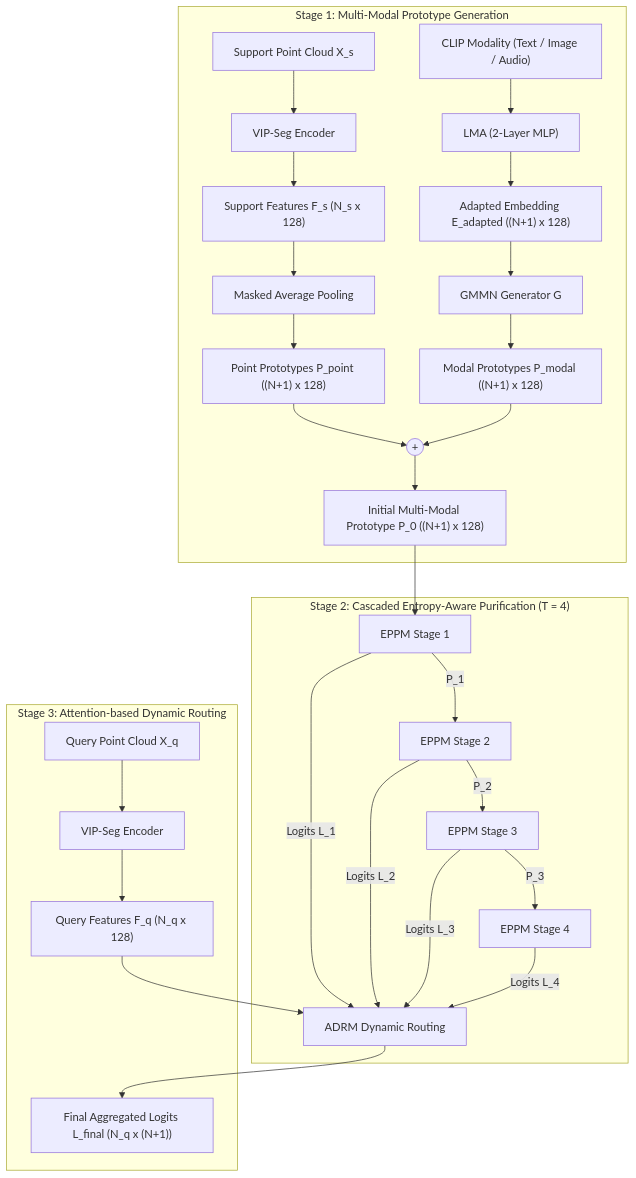
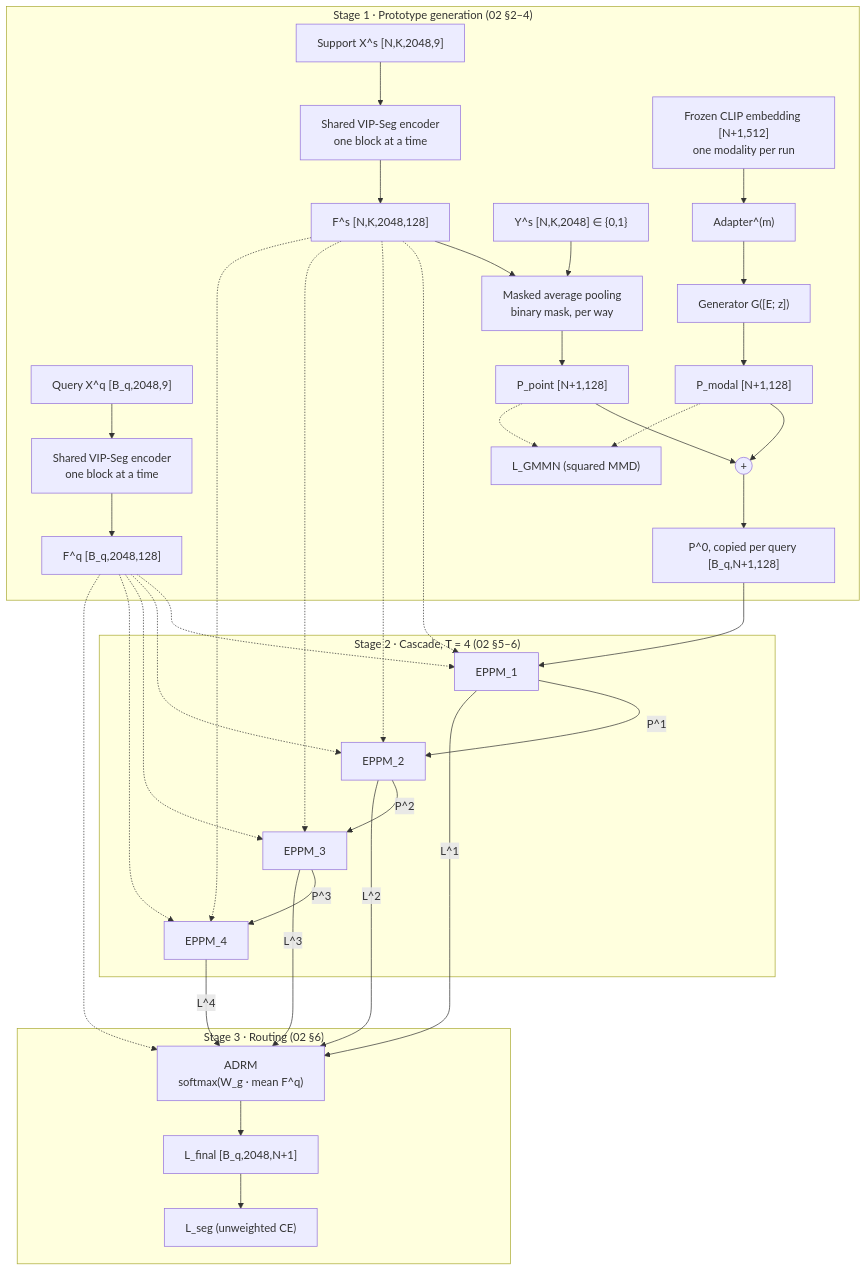
The first of 2 diagrams in docs/spec/01_ARCHITECTURE_SPEC.md (vminh16/CascadeProto), drawn with Mermaid before and after one commit. The commit also changed other lines of this file and 8 other files, not shown here.

````diff
--- a/docs/spec/01_ARCHITECTURE_SPEC.md
+++ b/docs/spec/01_ARCHITECTURE_SPEC.md
@@ -16,37 +18,36 @@
 ```mermaid
 flowchart TD
-    subgraph S1["Stage 1: Multi-Modal Prototype Generation"]
-        Xs["Support Point Cloud X_s"] --> EncS["VIP-Seg Encoder"]
-        EncS --> Fs["Support Features F_s (N_s x 128)"]
-        Fs --> MAP["Masked Average Pooling"]
-        MAP --> Ppoint["Point Prototypes P_point ((N+1) x 128)"]
-
-        CLIP["CLIP Modality (Text / Image / Audio)"] --> LMA["LMA (2-Layer MLP)"]
-        LMA --> Ead["Adapted Embedding E_adapted ((N+1) x 128)"]
-        Ead --> GMMN["GMMN Generator G"]
-        GMMN --> Pmodal["Modal Prototypes P_modal ((N+1) x 128)"]
-
-        Ppoint --> SumP(("+"))
-        Pmodal --> SumP
-        SumP --> P0["Initial Multi-Modal Prototype P_0 ((N+1) x 128)"]
+    subgraph S1["Stage 1 · Prototype generation (02 §2–4)"]
+        Xs["Support X^s [N,K,2048,9]"] --> EncS["Shared VIP-Seg encoder<br/>one block at a time"]
+        Xq["Query X^q [B_q,2048,9]"] --> EncQ["Shared VIP-Seg encoder<br/>one block at a time"]
+        EncS --> Fs["F^s [N,K,2048,128]"]
+        EncQ --> Fq["F^q [B_q,2048,128]"]
+        Fs --> MAP["Masked average pooling<br/>binary mask, per way"]
+        Ys["Y^s [N,K,2048] ∈ {0,1}"] --> MAP
+        MAP --> Ppoint["P_point [N+1,128]"]
+        CLIP["Frozen CLIP embedding [N+1,512]<br/>one modality per run"] --> Adapter["Adapter^(m)"]
+        Adapter --> Gen["Generator G([E; z])"]
+        Gen --> Pmodal["P_modal [N+1,128]"]
+        Ppoint --> Add(("+"))
+        Pmodal --> Add
+        Add --> P0["P^0, copied per query [B_q,N+1,128]"]
+        Ppoint -.-> GMMN["L_GMMN (squared MMD)"]
+        Pmodal -.-> GMMN
     end
 
-    subgraph S2["Stage 2: Cascaded Entropy-Aware Purification (T = 4)"]
-        P0 --> EPPM1["EPPM Stage 1"]
-        EPPM1 -->|"P_1"| EPPM2["EPPM Stage 2"]
-        EPPM2 -->|"P_2"| EPPM3["EPPM Stage 3"]
-        EPPM3 -->|"P_3"| EPPM4["EPPM Stage 4"]
-
-        EPPM1 -->|"Logits L_1"| ADRM["ADRM Dynamic Routing"]
-        EPPM2 -->|"Logits L_2"| ADRM
-        EPPM3 -->|"Logits L_3"| ADRM
-        EPPM4 -->|"Logits L_4"| ADRM
+    subgraph S2["Stage 2 · Cascade, T = 4 (02 §5–6)"]
+        P0 --> E1["EPPM_1"] -->|P^1| E2["EPPM_2"] -->|P^2| E3["EPPM_3"] -->|P^3| E4["EPPM_4"]
+        Fs -.-> E1 & E2 & E3 & E4
+        Fq -.-> E1 & E2 & E3 & E4
     end
 
-    subgraph S3["Stage 3: Attention-based Dynamic Routing"]
-        Xq["Query Point Cloud X_q"] --> EncQ["VIP-Seg Encoder"]
-        EncQ --> Fq["Query Features F_q (N_q x 128)"]
-        Fq --> ADRM
-        ADRM --> FinalLogits["Final Aggregated Logits L_final (N_q x (N+1))"]
+    subgraph S3["Stage 3 · Routing (02 §6)"]
+        E1 -->|L^1| ADRM["ADRM<br/>softmax(W_g · mean F^q)"]
+        E2 -->|L^2| ADRM
+        E3 -->|L^3| ADRM
+        E4 -->|L^4| ADRM
+        Fq -.-> ADRM
+        ADRM --> Lfinal["L_final [B_q,2048,N+1]"]
+        Lfinal --> Lseg["L_seg (unweighted CE)"]
     end
 ```
````
